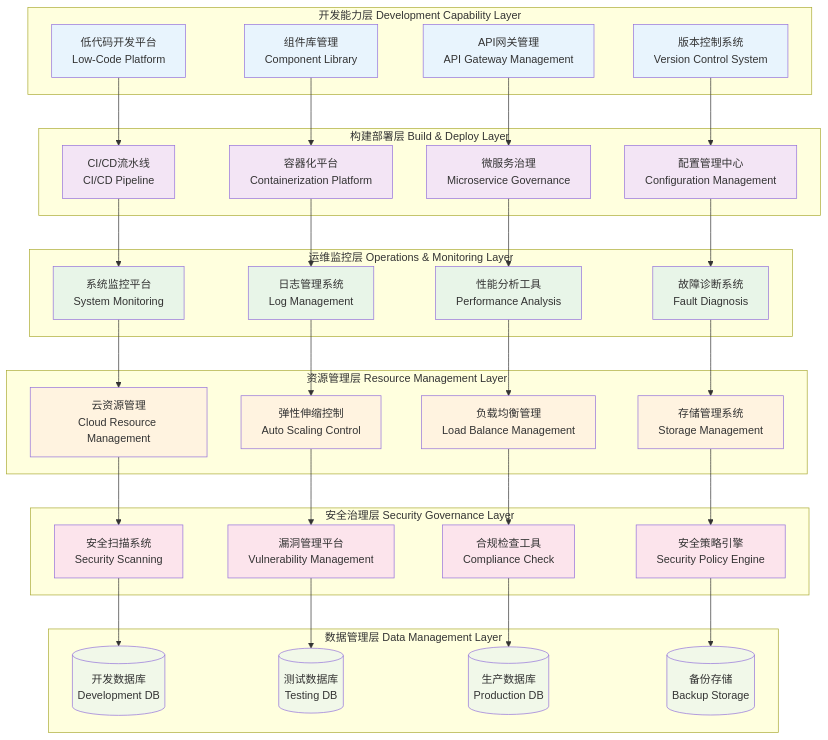
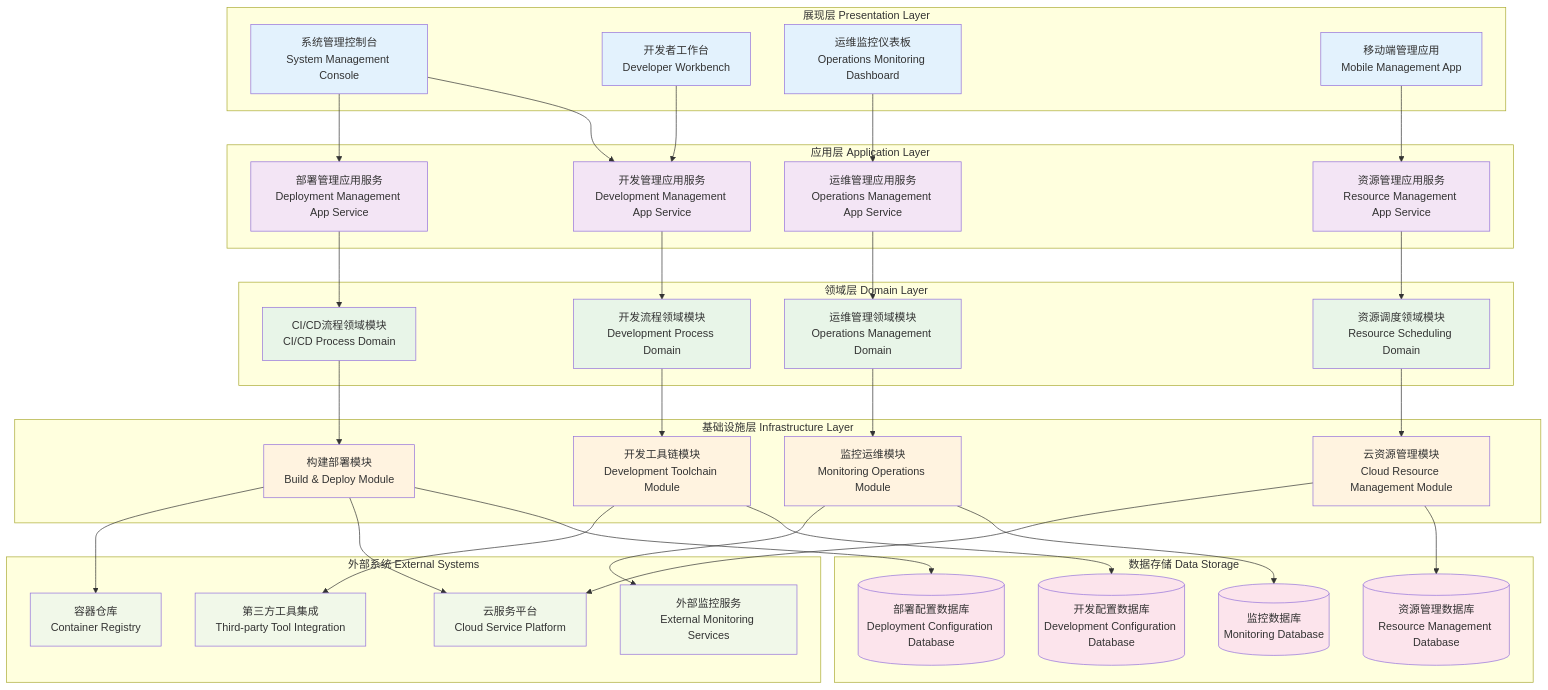
Before and after one commit to xsl625/-: the diagram in 24.2.11_system_capability_architecture.md, drawn with Mermaid. The commit also changed other lines of this file and 6 other files, not shown here.

Commit message:
Refactor architecture diagrams with modular layered design approach

````diff
--- a/24.2.11_system_capability_architecture.md
+++ b/24.2.11_system_capability_architecture.md
@@ -8,94 +8,102 @@
 ```mermaid
 graph TB
-    subgraph "开发能力层 Development Capability Layer"
-        A[低代码开发平台<br/>Low-Code Platform]
-        B[组件库管理<br/>Component Library]
-        C[API网关管理<br/>API Gateway Management]
-        D[版本控制系统<br/>Version Control System]
+    subgraph "展现层 Presentation Layer"
+        A[系统管理控制台<br/>System Management Console]
+        B[开发者工作台<br/>Developer Workbench]
+        C[运维监控仪表板<br/>Operations Monitoring Dashboard]
+        D[移动端管理应用<br/>Mobile Management App]
     end
     
-    subgraph "构建部署层 Build & Deploy Layer"
-        E[CI/CD流水线<br/>CI/CD Pipeline]
-        F[容器化平台<br/>Containerization Platform]
-        G[微服务治理<br/>Microservice Governance]
-        H[配置管理中心<br/>Configuration Management]
+    subgraph "应用层 Application Layer"
+        E[开发管理应用服务<br/>Development Management App Service]
+        F[部署管理应用服务<br/>Deployment Management App Service]
+        G[运维管理应用服务<br/>Operations Management App Service]
+        H[资源管理应用服务<br/>Resource Management App Service]
     end
     
-    subgraph "运维监控层 Operations & Monitoring Layer"
-        I[系统监控平台<br/>System Monitoring]
-        J[日志管理系统<br/>Log Management]
-        K[性能分析工具<br/>Performance Analysis]
-        L[故障诊断系统<br/>Fault Diagnosis]
+    subgraph "领域层 Domain Layer"
+        I[开发流程领域模块<br/>Development Process Domain]
+        J[CI/CD流程领域模块<br/>CI/CD Process Domain]
+        K[运维管理领域模块<br/>Operations Management Domain]
+        L[资源调度领域模块<br/>Resource Scheduling Domain]
     end
     
-    subgraph "资源管理层 Resource Management Layer"
-        M[云资源管理<br/>Cloud Resource Management]
-        N[弹性伸缩控制<br/>Auto Scaling Control]
-        O[负载均衡管理<br/>Load Balance Management]
-        P[存储管理系统<br/>Storage Management]
+    subgraph "基础设施层 Infrastructure Layer"
+        M[开发工具链模块<br/>Development Toolchain Module]
+        N[构建部署模块<br/>Build & Deploy Module]
+        O[监控运维模块<br/>Monitoring Operations Module]
+        P[云资源管理模块<br/>Cloud Resource Management Module]
     end
     
-    subgraph "安全治理层 Security Governance Layer"
-        Q[安全扫描系统<br/>Security Scanning]
-        R[漏洞管理平台<br/>Vulnerability Management]
-        S[合规检查工具<br/>Compliance Check]
-        T[安全策略引擎<br/>Security Policy Engine]
+    subgraph "数据存储 Data Storage"
+        Q[(开发配置数据库<br/>Development Configuration Database)]
+        R[(部署配置数据库<br/>Deployment Configuration Database)]
+        S[(监控数据库<br/>Monitoring Database)]
+        T[(资源管理数据库<br/>Resource Management Database)]
     end
     
-    subgraph "数据管理层 Data Management Layer"
-        U[(开发数据库<br/>Development DB)]
-        V[(测试数据库<br/>Testing DB)]
-        W[(生产数据库<br/>Production DB)]
-        X[(备份存储<br/>Backup Storage)]
+    subgraph "外部系统 External Systems"
+        U[云服务平台<br/>Cloud Service Platform]
+        V[容器仓库<br/>Container Registry]
+        W[第三方工具集成<br/>Third-party Tool Integration]
+        X[外部监控服务<br/>External Monitoring Services]
     end
     
+    %% 展现层到应用层
     A --> E
-    B --> F
+    A --> F
+    B --> E
     C --> G
     D --> H
     
+    %% 应用层到领域层
     E --> I
     F --> J
     G --> K
     H --> L
     
+    %% 领域层到基础设施层
     I --> M
     J --> N
     K --> O
     L --> P
     
+    %% 基础设施层到数据存储
     M --> Q
     N --> R
     O --> S
     P --> T
     
-    Q --> U
-    R --> V
-    S --> W
-    T --> X
+    %% 基础设施层到外部系统
+    M --> W
+    N --> U
+    N --> V
+    O --> X
+    P --> U
     
-    style A fill:#e8f4fd
-    style B fill:#e8f4fd
-    style C fill:#e8f4fd
-    style D fill:#e8f4fd
-    style E fill:#f3e5f5
-    style F fill:#f3e5f5
-    style G fill:#f3e5f5
-    style H fill:#f3e5f5
-    style I fill:#e8f5e8
-    style J fill:#e8f5e8
-    style K fill:#e8f5e8
-    style L fill:#e8f5e8
-    style M fill:#fff3e0
-    style N fill:#fff3e0
-    style O fill:#fff3e0
-    style P fill:#fff3e0
-    style Q fill:#fce4ec
-    style R fill:#fce4ec
-    style S fill:#fce4ec
-    style T fill:#fce4ec
-    style U fill:#f1f8e9
-    style V fill:#f1f8e9
-    style W fill:#f1f8e9
-    style X fill:#f1f8e9
+    %% 样式定义
+    style A fill:#E3F2FD
+    style B fill:#E3F2FD
+    style C fill:#E3F2FD
+    style D fill:#E3F2FD
+    style E fill:#F3E5F5
+    style F fill:#F3E5F5
+    style G fill:#F3E5F5
+    style H fill:#F3E5F5
+    style I fill:#E8F5E8
+    style J fill:#E8F5E8
+    style K fill:#E8F5E8
+    style L fill:#E8F5E8
+    style M fill:#FFF3E0
+    style N fill:#FFF3E0
+    style O fill:#FFF3E0
+    style P fill:#FFF3E0
+    style Q fill:#FCE4EC
+    style R fill:#FCE4EC
+    style S fill:#FCE4EC
+    style T fill:#FCE4EC
+    style U fill:#F1F8E9
+    style V fill:#F1F8E9
+    style W fill:#F1F8E9
+    style X fill:#F1F8E9
 ```
````
